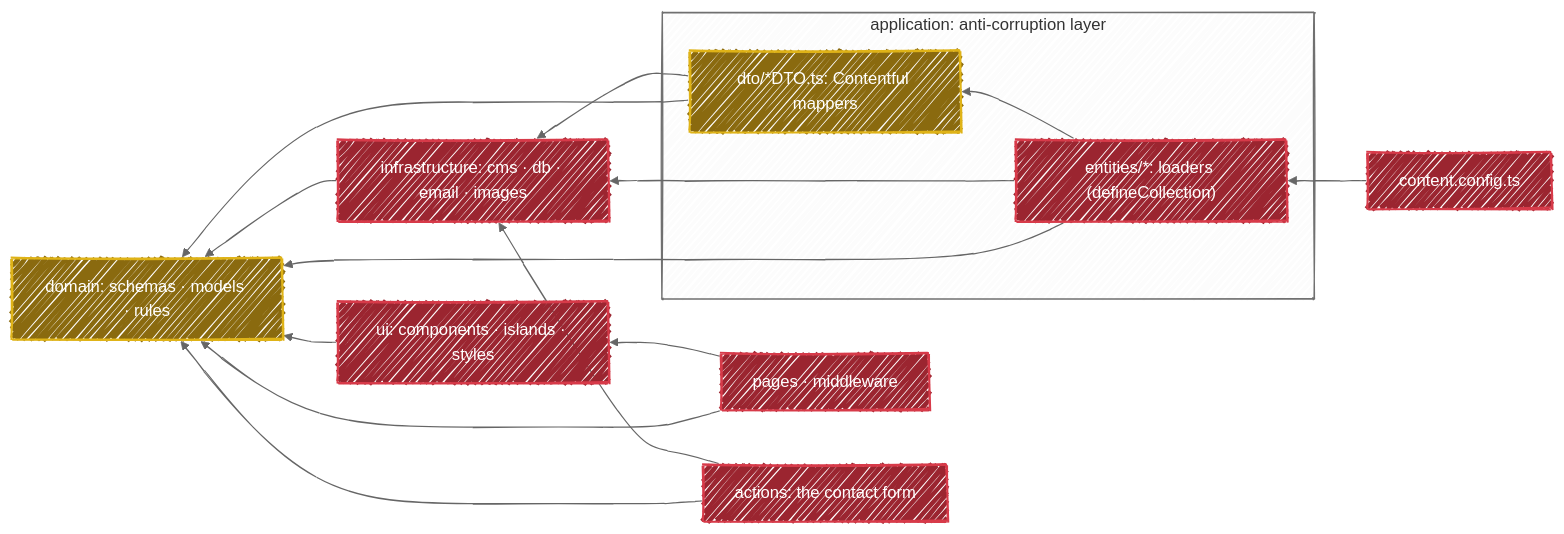
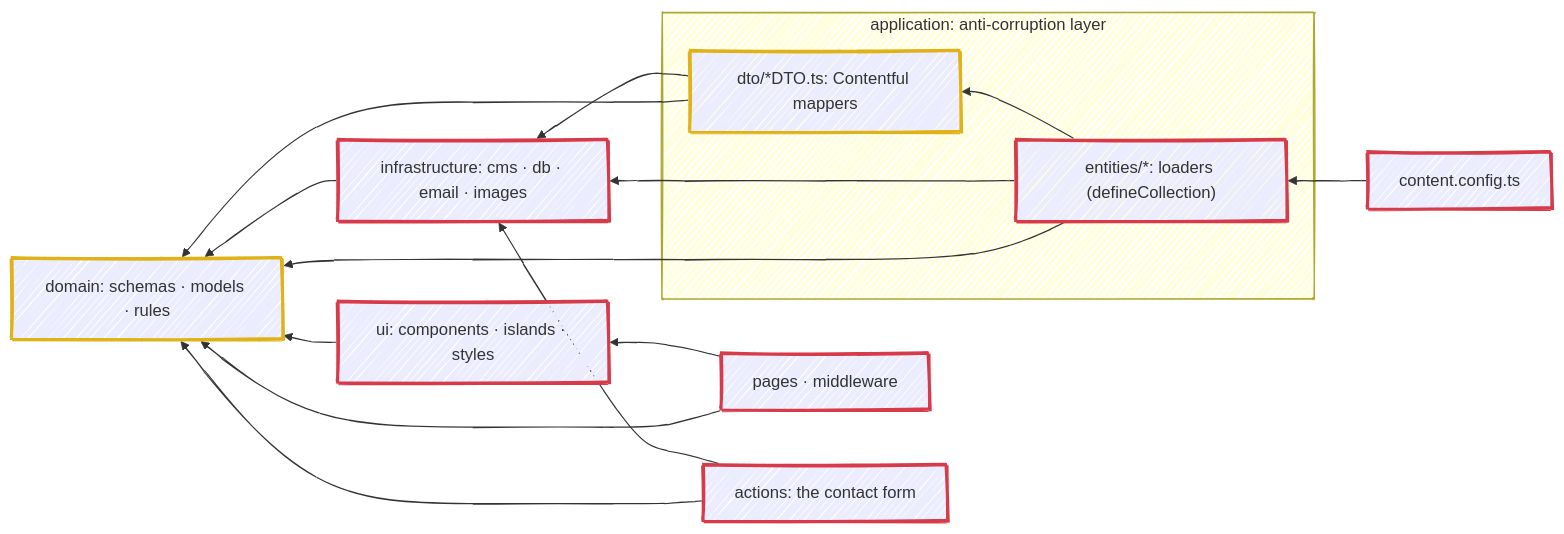
One commit to fbuireu/biancafiore changed the diagram in docs/adr/0012-pragmatic-ddd-domain-layer-anti-corruption-layer.md. Above: the diagram before and after it, drawn with Mermaid. The commit also changed 2 other files, not shown here.

Commit message:
docs: make handDrawn diagrams readable in both colour modes
The handDrawn look fills a node with a rough.js hachure instead of a solid
area, so the label always sits on the page background rather than on the
node's fill. Pinning `theme: neutral` on top of that opted the diagrams out
of GitHub's automatic dark theme, so in dark mode a dark label landed on a
dark page showing through the hachure gaps.

Drop the pinned theme so labels follow the reader's colour mode, drop the
per-node fills that only ever rendered as texture, and carry the semantics
on the stroke instead, lightening the four darkest strokes so they keep
their contrast against a dark background.

````diff
--- a/docs/adr/0012-pragmatic-ddd-domain-layer-anti-corruption-layer.md
+++ b/docs/adr/0012-pragmatic-ddd-domain-layer-anti-corruption-layer.md
@@ -42,29 +42,28 @@
 ```mermaid
 ---
 config:
   look: handDrawn
-  theme: neutral
 ---
 flowchart RL
     subgraph application["application: anti-corruption layer"]
         loaders["entities/*: loaders (defineCollection)"]
         dto["dto/*DTO.ts: Contentful mappers"]
     end
     pages["pages · middleware"] --> ui["ui: components · islands · styles"]
     pages --> domain["domain: schemas · models · rules"]
     ui --> domain
     actions["actions: the contact form"] --> infrastructure["infrastructure: cms · db · email · images"]
     actions --> domain
     config["content.config.ts"] --> loaders
     loaders --> dto
     loaders --> infrastructure
     loaders --> domain
     dto --> infrastructure
     dto --> domain
     infrastructure --> domain
 
-    classDef pure fill:#8a6a0f,stroke:#dfb317,stroke-width:2px,color:#fff
-    classDef shell fill:#9b2530,stroke:#d73a49,stroke-width:2px,color:#fff
+    classDef pure stroke:#dfb317,stroke-width:3px
+    classDef shell stroke:#d73a49,stroke-width:3px
     class domain,dto pure
     class infrastructure,loaders,actions,pages,ui,config shell
 ```
````
